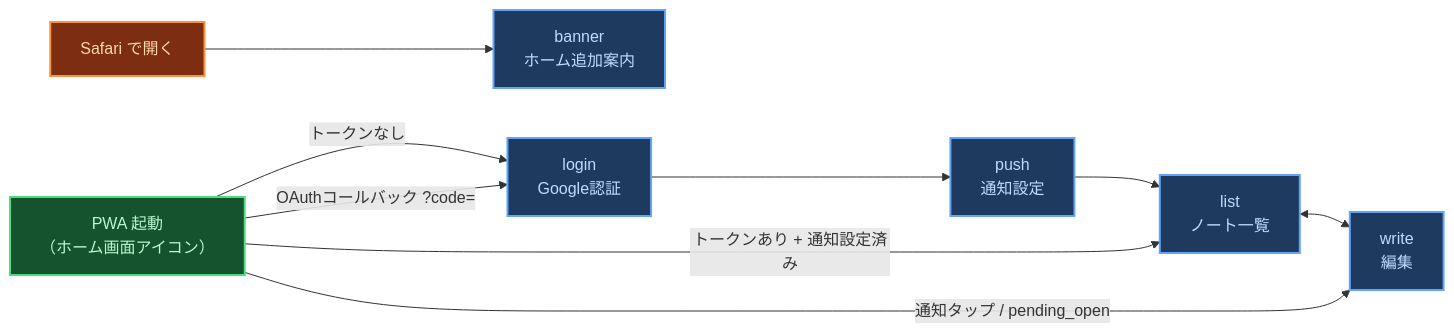
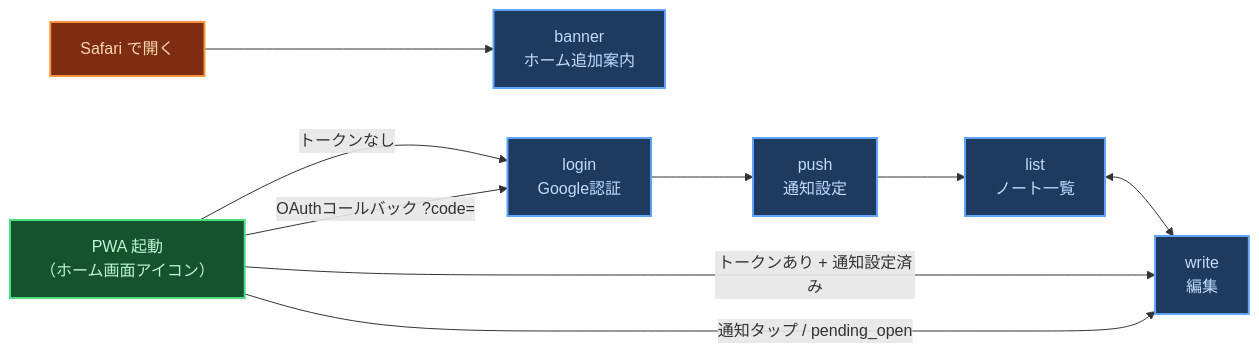
Before and after one commit to ore-no-fusen/ore-no-fusen: the first of 9 diagrams in docs-v2/003_IPHONE.md, drawn with Mermaid. The commit also changed other lines of this file and 6 other files, not shown here.

````diff
--- a/docs-v2/003_IPHONE.md
+++ b/docs-v2/003_IPHONE.md
@@ -188,24 +188,24 @@
 ```mermaid
 flowchart LR
     classDef safari fill:#7c2d12,stroke:#fb923c,color:#fed7aa,stroke-width:2px
     classDef pwa    fill:#14532d,stroke:#4ade80,color:#bbf7d0,stroke-width:2px
     classDef screen fill:#1e3a5f,stroke:#60a5fa,color:#bfdbfe,stroke-width:2px
 
     Safari["Safari で開く"]:::safari
     PWA["PWA 起動<br>（ホーム画面アイコン）"]:::pwa
 
     Banner["banner<br>ホーム追加案内"]:::screen
     Login["login<br>Google認証"]:::screen
     Push["push<br>通知設定"]:::screen
     List["list<br>ノート一覧"]:::screen
     Write["write<br>編集"]:::screen
 
     Safari --> Banner
     PWA -->|"トークンなし"| Login
     PWA -->|"OAuthコールバック ?code="| Login
     Login --> Push
     Push --> List
     List <--> Write
-    PWA -->|"トークンあり + 通知設定済み"| List
+    PWA -->|"トークンあり + 通知設定済み"| Write
     PWA -->|"通知タップ / pending_open"| Write
 ```
````
